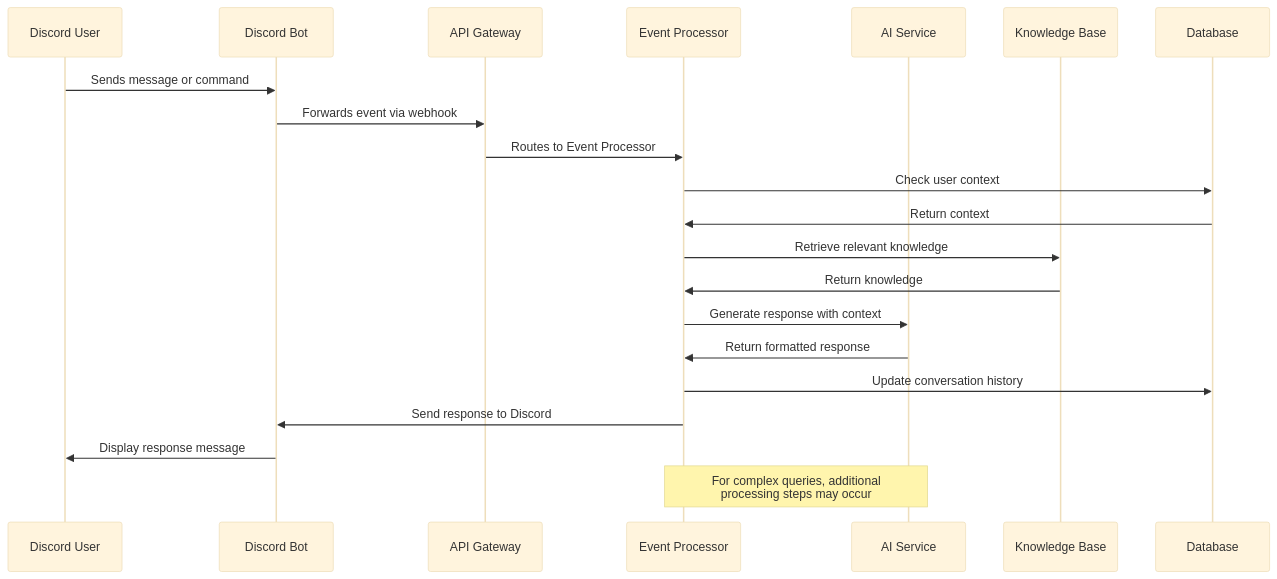
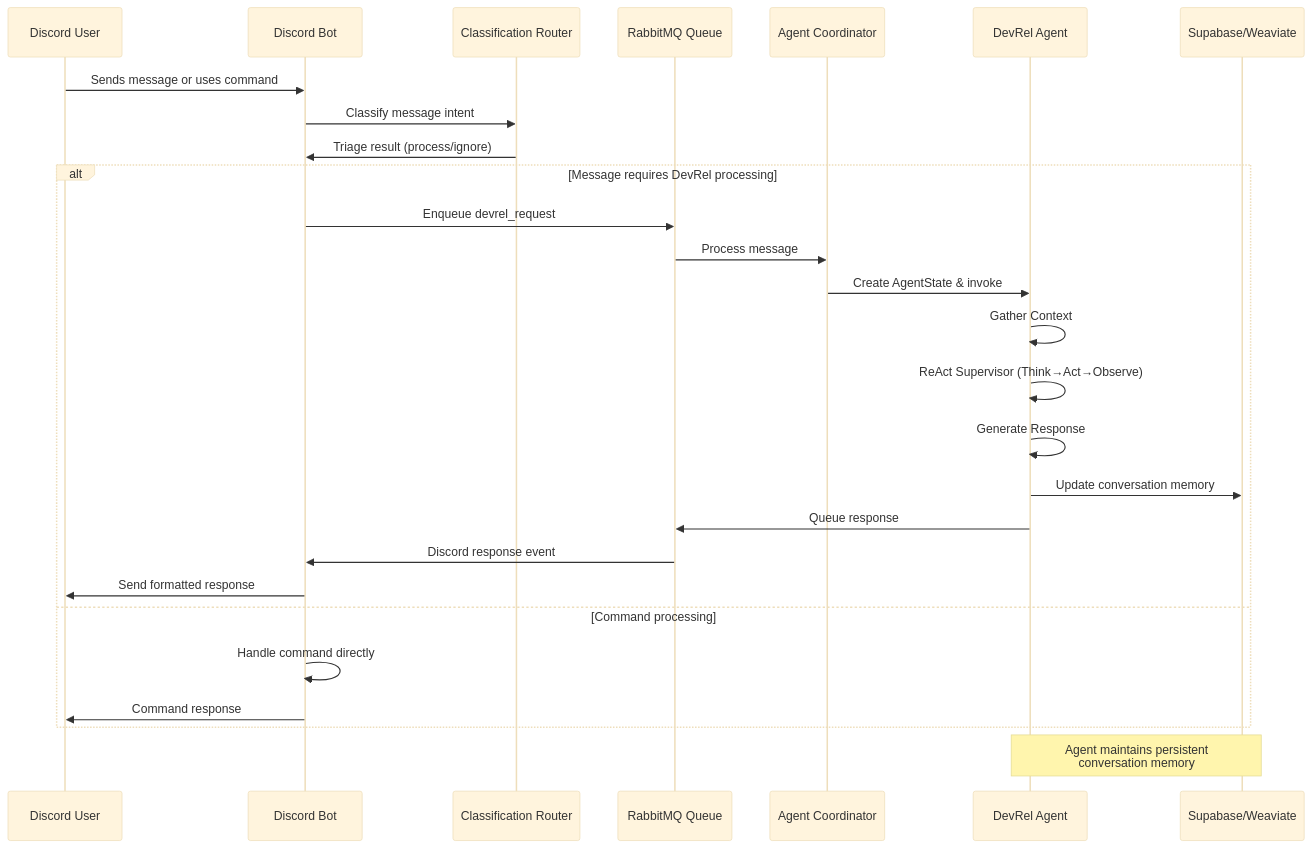
The second of 13 diagrams in README.md (smokeyScraper/Devr.AI), drawn with Mermaid (base theme) before and after one commit. The commit also changed other lines of this file, not shown here.

````diff
--- a/README.md
+++ b/README.md
@@ -436,29 +468,34 @@
 ```mermaid
 sequenceDiagram
     participant User as Discord User
     participant Bot as Discord Bot
-    participant API as API Gateway
-    participant EP as Event Processor
-    participant AI as AI Service
-    participant KB as Knowledge Base
-    participant DB as Database
+    participant ClassRouter as Classification Router
+    participant Queue as RabbitMQ Queue
+    participant Coordinator as Agent Coordinator
+    participant DevRel as DevRel Agent
+    participant DB as Supabase/Weaviate
 
-    User->>Bot: Sends message or command
-    Bot->>API: Forwards event via webhook
-    API->>EP: Routes to Event Processor
+    User->>Bot: Sends message or uses command
+    Bot->>ClassRouter: Classify message intent
+    ClassRouter->>Bot: Triage result (process/ignore)
+    
+    alt Message requires DevRel processing
+        Bot->>Queue: Enqueue devrel_request
+        Queue->>Coordinator: Process message
+        Coordinator->>DevRel: Create AgentState & invoke
+        
+        DevRel->>DevRel: Gather Context
+        DevRel->>DevRel: ReAct Supervisor (Think→Act→Observe)
+        DevRel->>DevRel: Generate Response
+        DevRel->>DB: Update conversation memory
+        
+        DevRel->>Queue: Queue response
+        Queue->>Bot: Discord response event
+        Bot->>User: Send formatted response
+    else Command processing
+        Bot->>Bot: Handle command directly
+        Bot->>User: Command response
+    end
 
-    EP->>DB: Check user context
-    DB->>EP: Return context
-
-    EP->>KB: Retrieve relevant knowledge
-    KB->>EP: Return knowledge
-
-    EP->>AI: Generate response with context
-    AI->>EP: Return formatted response
-
-    EP->>DB: Update conversation history
-    EP->>Bot: Send response to Discord
-    Bot->>User: Display response message
-
-    Note over EP,AI: For complex queries, additional<br/>processing steps may occur
+    Note over DevRel,DB: Agent maintains persistent<br/>conversation memory
 ```
````
